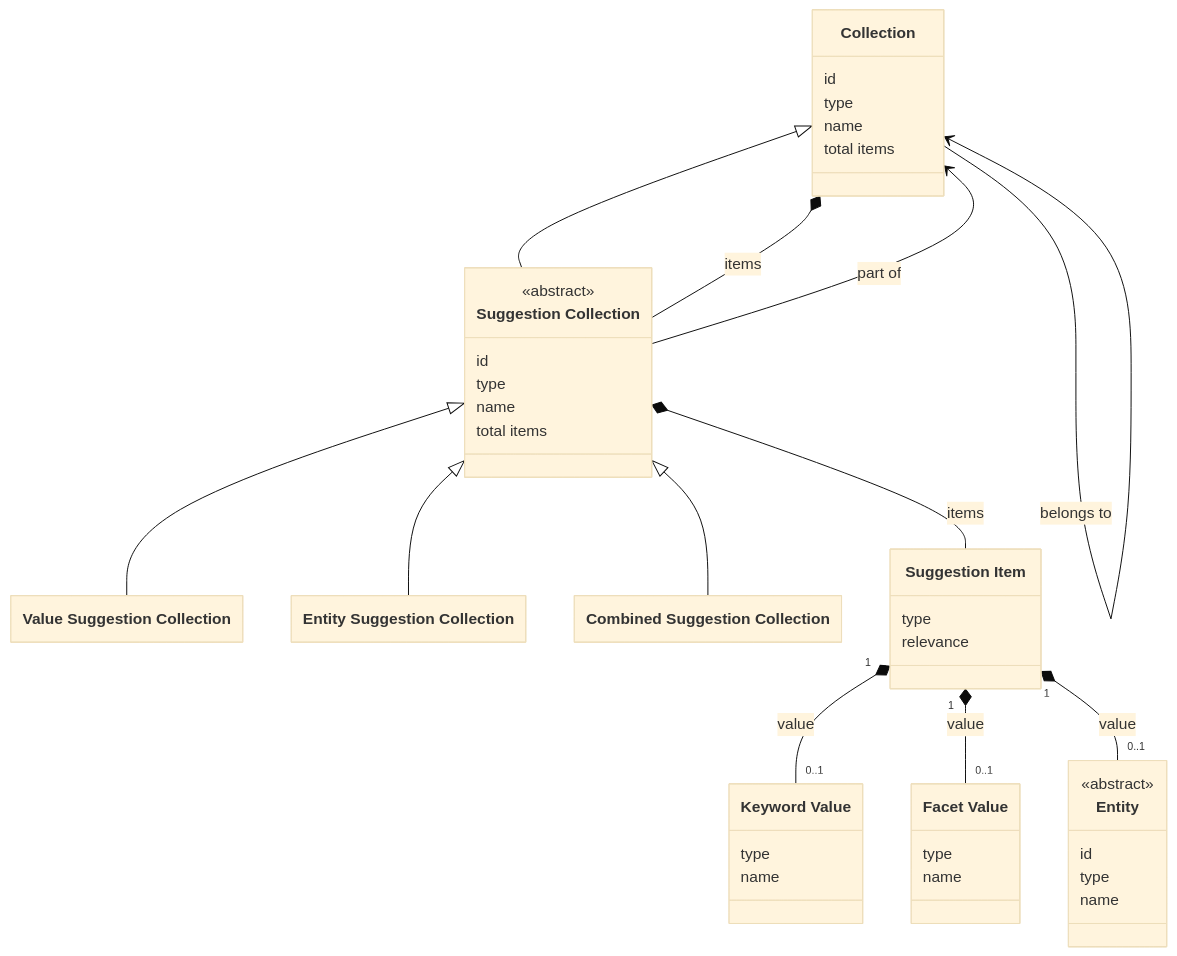
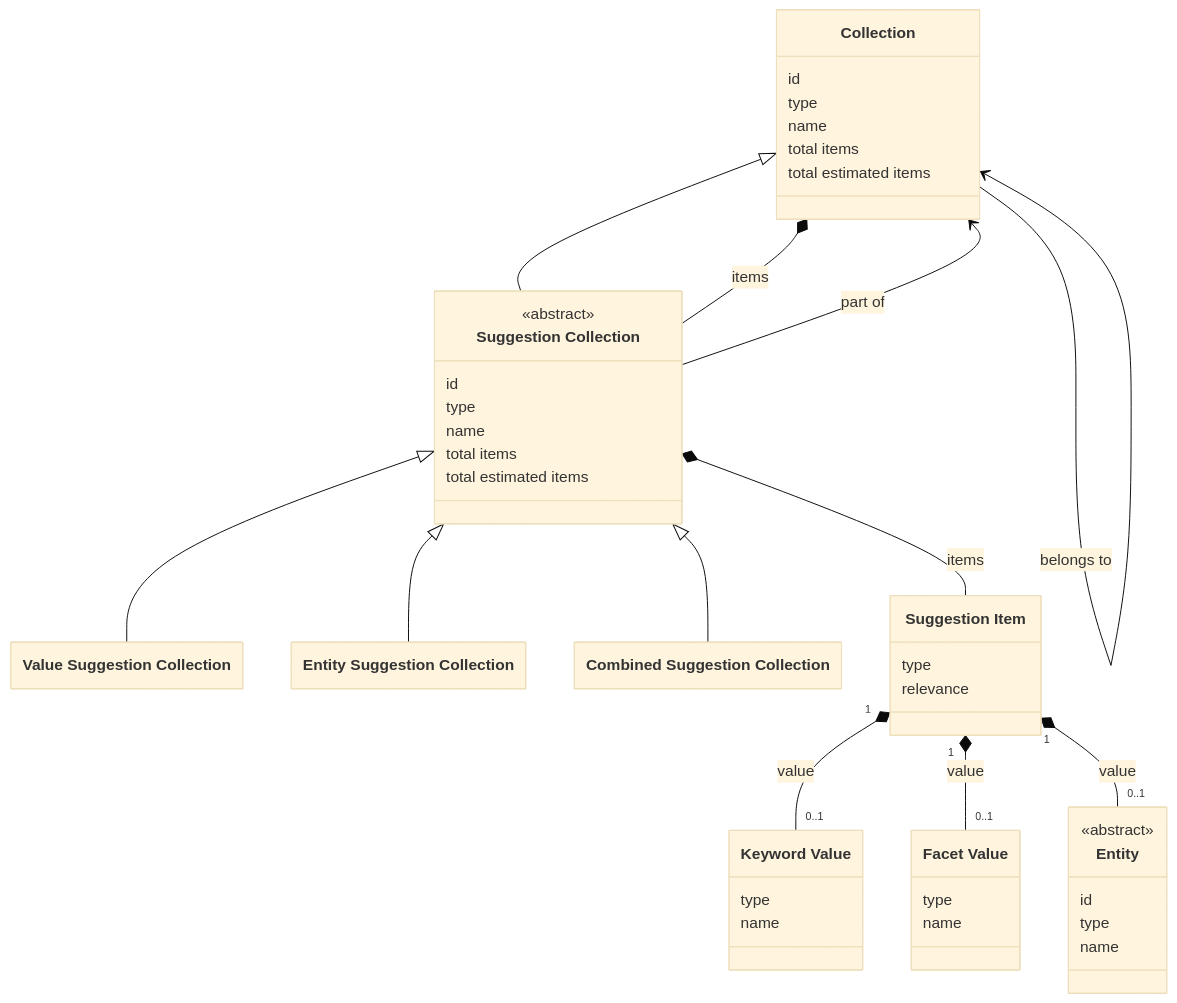
One commit to netwerk-digitaal-erfgoed/netwerk-digitaal-erfgoed.github.io changed the diagram in docs/requirements/data-layer-api/rest/suggestions.md. Above: the diagram before and after it, drawn with Mermaid (base theme). The commit also changed other lines of this file and 6 other files, not shown here.

````diff
--- a/docs/requirements/data-layer-api/rest/suggestions.md
+++ b/docs/requirements/data-layer-api/rest/suggestions.md
@@ -32,62 +32,64 @@
 ```mermaid
 ---
   config:
     class:
       hideEmptyMembersBox: true
 ---
 classDiagram
 
 class Collection["Collection"] {
   id
   type
   name
   total items
+  total estimated items
 }
 
 class SuggestionCollection["Suggestion Collection"] {
   <<abstract>>
   id
   type
   name
   total items
+  total estimated items
 }
 
 class ValueSuggestionCollection["Value Suggestion Collection"]
 class EntitySuggestionCollection["Entity Suggestion Collection"]
 class CombinedSuggestionCollection["Combined Suggestion Collection"]
 
 class SuggestionItem["Suggestion Item"] {
   type
   relevance
 }
 
 class KeywordValue["Keyword Value"] {
   type
   name
 }
 
 class FacetValue["Facet Value"] {
   type
   name
 }
 
 class Entity {
   <<abstract>>
   id
   type
   name
 }
 
 Collection <|-- SuggestionCollection
 Collection --> Collection : suggestions
 Collection --> Collection : belongs to
 Collection *-- SuggestionCollection : items
 SuggestionCollection --> Collection : part of
 SuggestionCollection <|-- ValueSuggestionCollection
 SuggestionCollection <|-- EntitySuggestionCollection
 SuggestionCollection <|-- CombinedSuggestionCollection
 SuggestionCollection *-- SuggestionItem : items
 SuggestionItem "1" *-- "0..1" KeywordValue : value
 SuggestionItem "1" *-- "0..1" FacetValue : value
 SuggestionItem "1" *-- "0..1" Entity  : value
 ```
````
